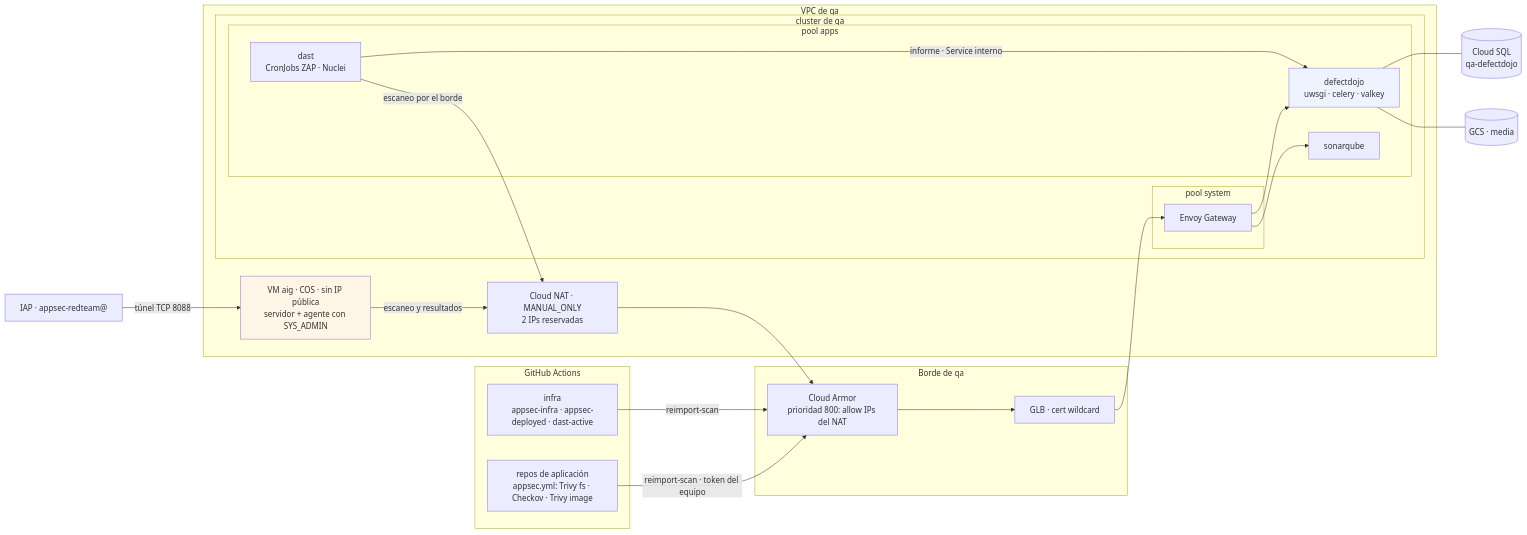
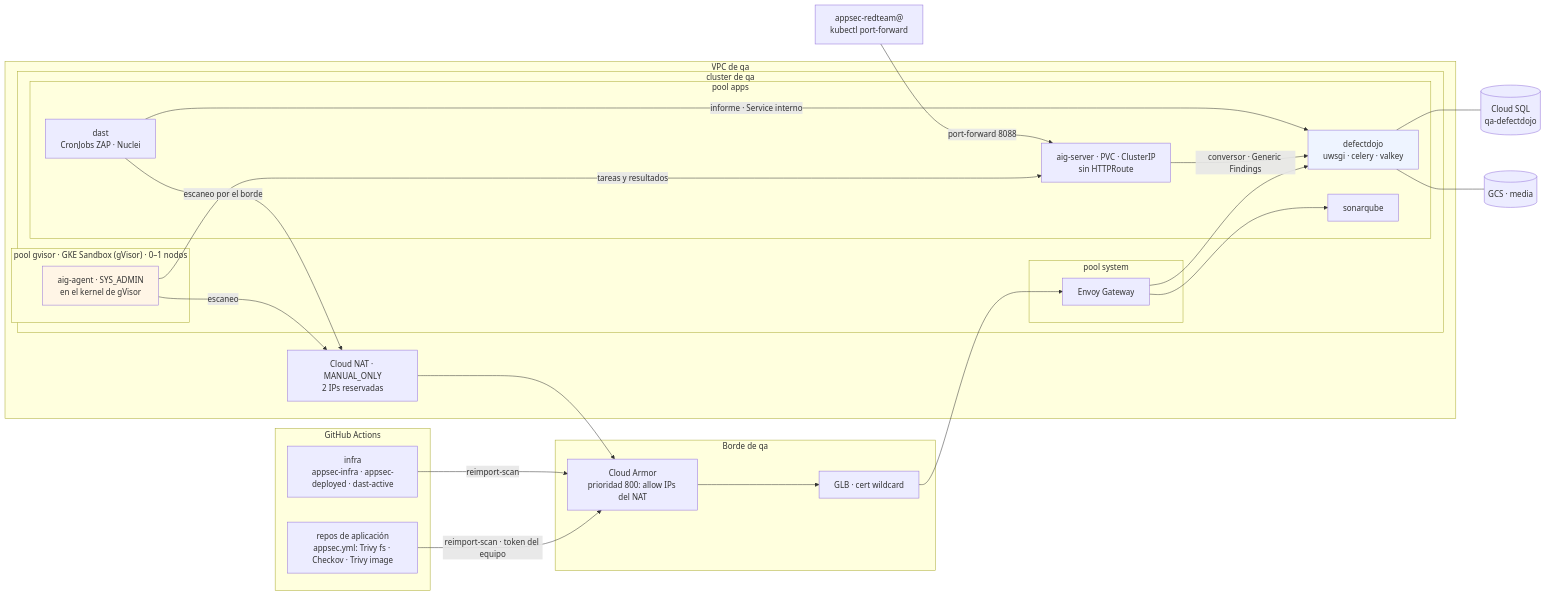
One commit to aescanero/proposal_documents changed the diagram in docs/es/proposals/appsec-qa/diagrams/02-despliegue.mmd. Above: the diagram before and after it, drawn with Mermaid. The commit also changed 23 other files, not shown here.

```diff
--- a/docs/es/proposals/appsec-qa/diagrams/02-despliegue.mmd
+++ b/docs/es/proposals/appsec-qa/diagrams/02-despliegue.mmd
@@ -1,41 +1,46 @@
 flowchart LR
     subgraph GH["GitHub Actions"]
         APPS["repos de aplicación<br/>appsec.yml: Trivy fs · Checkov · Trivy image"]
         INFRA["infra<br/>appsec-infra · appsec-deployed · dast-active"]
     end
     subgraph EDGE["Borde de qa"]
         CA["Cloud Armor<br/>prioridad 800: allow IPs del NAT"]
         GLB["GLB · cert wildcard"]
     end
     subgraph VPC["VPC de qa"]
         subgraph GKE["cluster de qa"]
             subgraph SYS["pool system"]
                 ENV["Envoy Gateway"]
             end
             subgraph APPSPOOL["pool apps"]
                 DD["defectdojo<br/>uwsgi · celery · valkey"]
                 DAST["dast<br/>CronJobs ZAP · Nuclei"]
                 SONAR["sonarqube"]
+                AIGS["aig-server · PVC · ClusterIP<br/>sin HTTPRoute"]
+            end
+            subgraph SBX["pool gvisor · GKE Sandbox (gVisor) · 0–1 nodos"]
+                AIGA["aig-agent · SYS_ADMIN<br/>en el kernel de gVisor"]
             end
         end
         NAT["Cloud NAT · MANUAL_ONLY<br/>2 IPs reservadas"]
-        VM["VM aig · COS · sin IP pública<br/>servidor + agente con SYS_ADMIN"]
     end
     SQL[("Cloud SQL<br/>qa-defectdojo")]
     GCS[("GCS · media")]
-    IAP["IAP · appsec-redteam@"]
+    RT["appsec-redteam@<br/>kubectl port-forward"]
     APPS -- "reimport-scan · token del equipo" --> CA
     INFRA -- "reimport-scan" --> CA
     CA --> GLB --> ENV
     ENV --> DD
     ENV --> SONAR
     DAST -- "escaneo por el borde" --> NAT
-    VM -- "escaneo y resultados" --> NAT
+    AIGA -- "escaneo" --> NAT
+    AIGA -- "tareas y resultados" --> AIGS
+    AIGS -- "conversor · Generic Findings" --> DD
     NAT --> CA
     DAST -- "informe · Service interno" --> DD
-    IAP -- "túnel TCP 8088" --> VM
+    RT -- "port-forward 8088" --> AIGS
     DD --- SQL
     DD --- GCS
 
-    style VM fill:#fff5e6
+    style AIGA fill:#fff5e6
     style DD fill:#eef4ff
```
